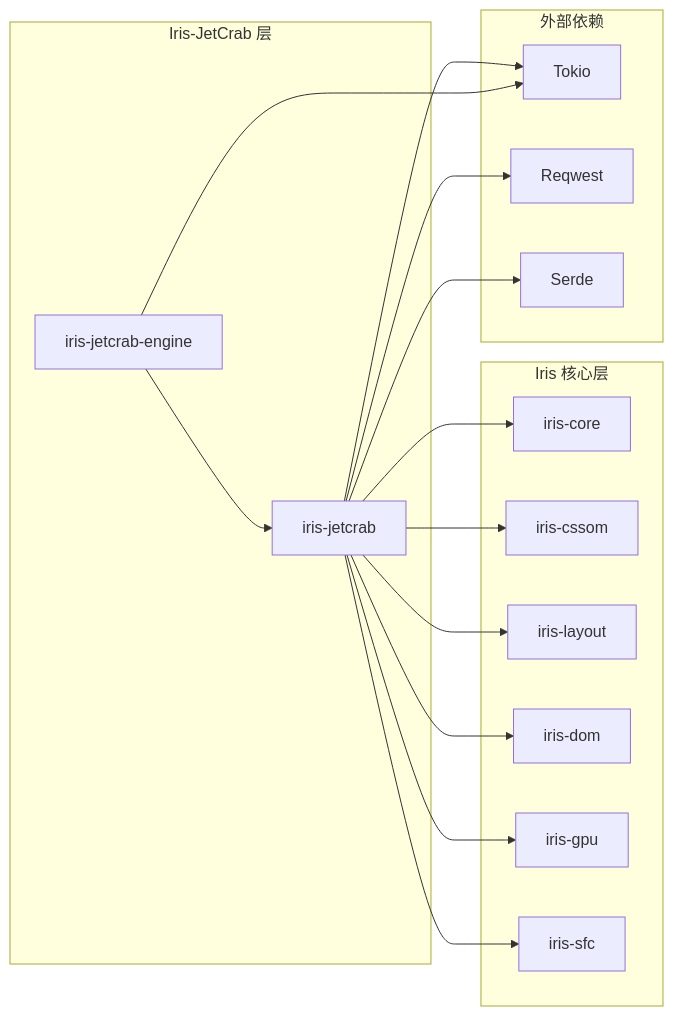
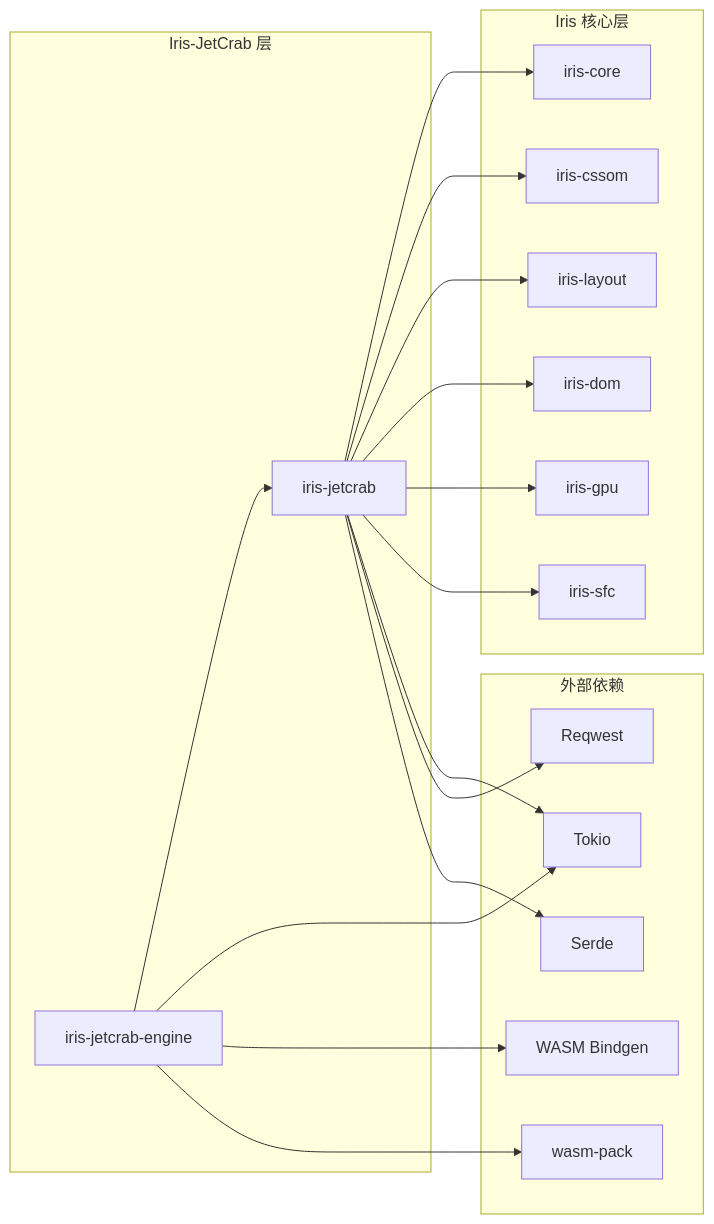
Before and after one commit to itszzl-sudo/iris: the tenth of 10 diagrams in .qoder/repowiki/zh/content/技术架构详解/JS沙箱运行时/Iris-JetCrab引擎.md, drawn with Mermaid. The commit also changed other lines of this file and 7 other files, not shown here.

````diff
--- a/.qoder/repowiki/zh/content/技术架构详解/JS沙箱运行时/Iris-JetCrab引擎.md
+++ b/.qoder/repowiki/zh/content/技术架构详解/JS沙箱运行时/Iris-JetCrab引擎.md
@@ -344,31 +509,35 @@
 ```mermaid
 graph LR
 subgraph "Iris 核心层"
 A[iris-core]
 B[iris-cssom]
 C[iris-layout]
 D[iris-dom]
 E[iris-gpu]
 F[iris-sfc]
 end
 subgraph "Iris-JetCrab 层"
 G[iris-jetcrab]
 H[iris-jetcrab-engine]
 end
 subgraph "外部依赖"
 I[Tokio]
 J[Reqwest]
 K[Serde]
+L[WASM Bindgen]
+M[wasm-pack]
 end
 G --> A
 G --> B
 G --> C
 G --> D
 G --> E
 G --> F
 G --> I
 G --> J
 G --> K
 H --> G
 H --> I
+H --> L
+H --> M
 ```
````
